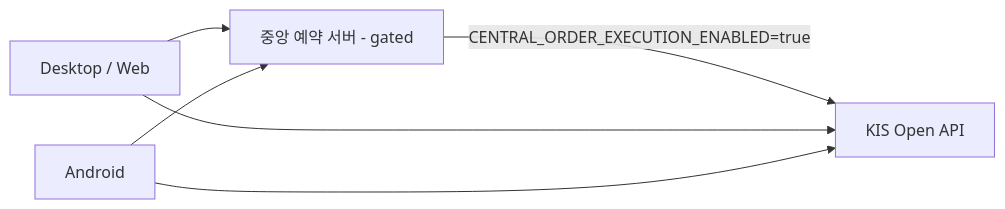
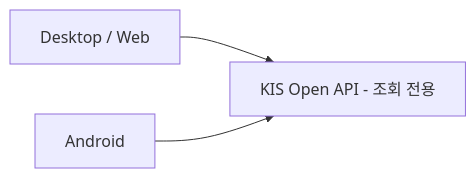
The diagram in README.ko.md (ianlyoo/koreainv-dashboard), drawn with Mermaid before and after one commit. The commit also changed other lines of this file and 38 other files, not shown here.

````diff
--- a/README.ko.md
+++ b/README.ko.md
@@ -42,8 +42,5 @@
 ```mermaid
 flowchart LR
-    A[Desktop / Web] --> C[중앙 예약 서버 - gated]
-    B[Android] --> C
-    C -- "CENTRAL_ORDER_EXECUTION_ENABLED=true" --> D[KIS Open API]
-    A --> D
-    B --> D
+    A[Desktop / Web] --> D[KIS Open API - 조회 전용]
+    B[Android] --> D
 ```
````
